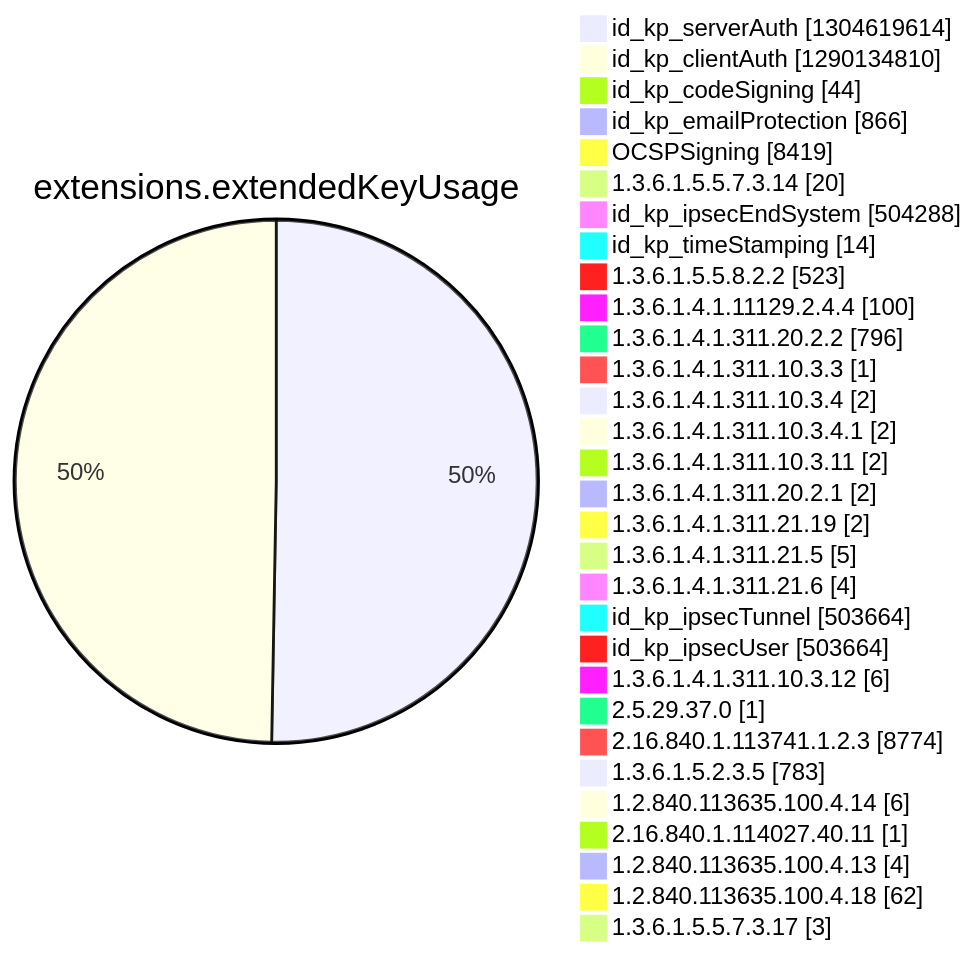
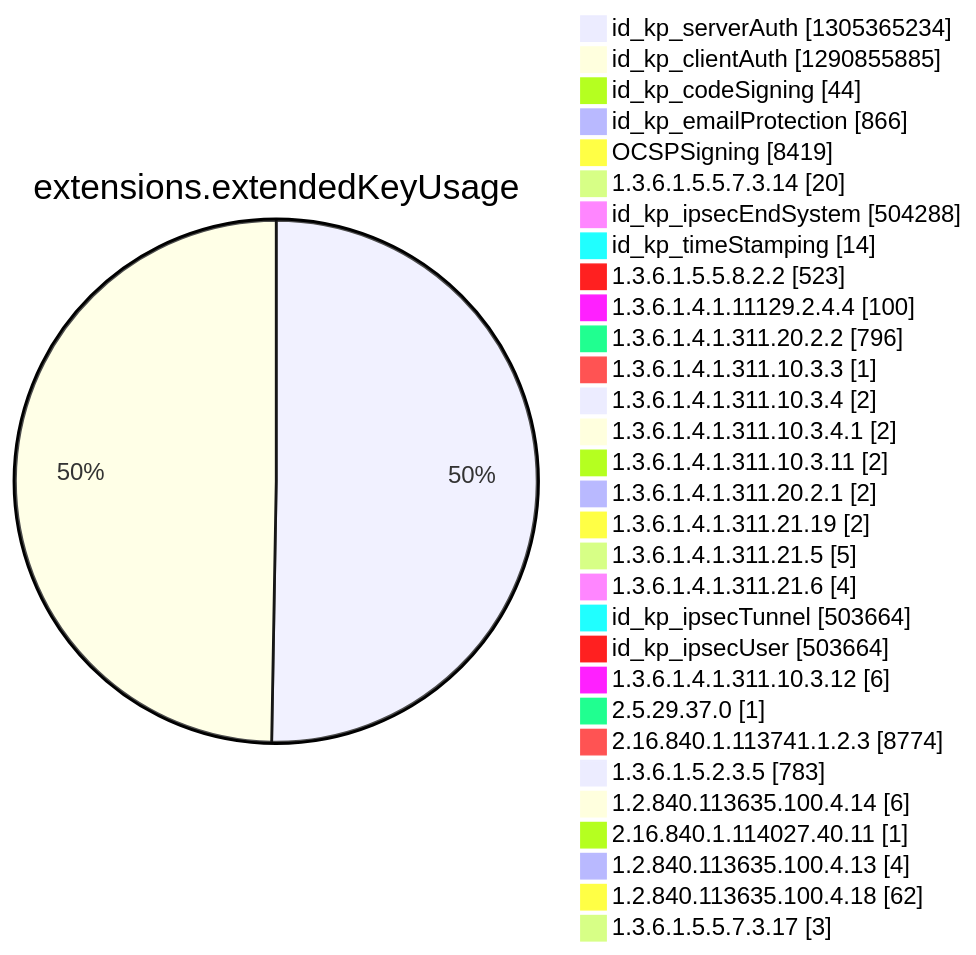
One commit to christiankrug/ctmonitor_visualization changed diagram 12 of 15 in argon2022/README.md. Above: the diagram before and after it, drawn with Mermaid. The commit also changed other lines of this file, not shown here.

````diff
--- a/argon2022/README.md
+++ b/argon2022/README.md
@@ -3551,34 +3551,34 @@
 ```mermaid
 pie showData
 title extensions.extendedKeyUsage
-"id_kp_serverAuth" :1304619614
-"id_kp_clientAuth" :1290134810
+"id_kp_serverAuth" :1305365234
+"id_kp_clientAuth" :1290855885
 "id_kp_codeSigning" :44
 "id_kp_emailProtection" :866
 "OCSPSigning" :8419
 "1.3.6.1.5.5.7.3.14" :20
 "id_kp_ipsecEndSystem" :504288
 "id_kp_timeStamping" :14
 "1.3.6.1.5.5.8.2.2" :523
 "1.3.6.1.4.1.11129.2.4.4" :100
 "1.3.6.1.4.1.311.20.2.2" :796
 "1.3.6.1.4.1.311.10.3.3" :1
 "1.3.6.1.4.1.311.10.3.4" :2
 "1.3.6.1.4.1.311.10.3.4.1" :2
 "1.3.6.1.4.1.311.10.3.11" :2
 "1.3.6.1.4.1.311.20.2.1" :2
 "1.3.6.1.4.1.311.21.19" :2
 "1.3.6.1.4.1.311.21.5" :5
 "1.3.6.1.4.1.311.21.6" :4
 "id_kp_ipsecTunnel" :503664
 "id_kp_ipsecUser" :503664
 "1.3.6.1.4.1.311.10.3.12" :6
 "2.5.29.37.0" :1
 "2.16.840.1.113741.1.2.3" :8774
 "1.3.6.1.5.2.3.5" :783
 "1.2.840.113635.100.4.14" :6
 "2.16.840.1.114027.40.11" :1
 "1.2.840.113635.100.4.13" :4
 "1.2.840.113635.100.4.18" :62
 "1.3.6.1.5.5.7.3.17" :3
 ```
````
